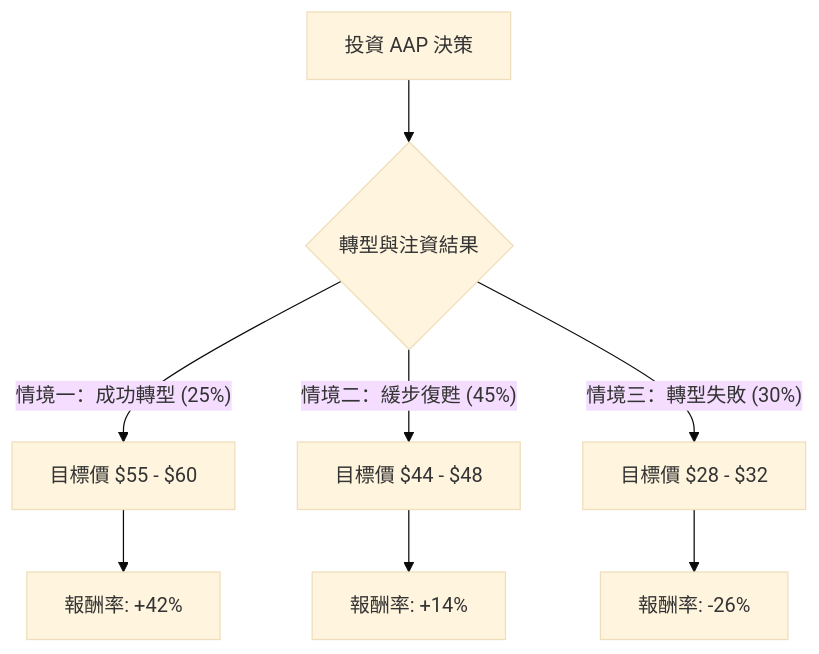
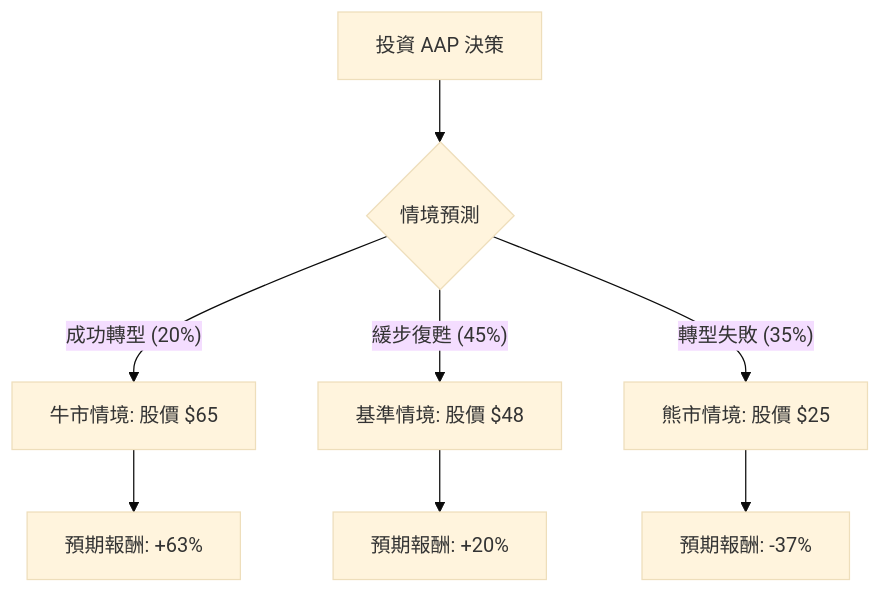
The diagram in plugin-react/ai-analysis/ev-analysis/AAP.md (zmcx16/zmcx16.github.io), drawn with Mermaid (base theme) before and after one commit. The commit also changed other lines of this file and 81 other files, not shown here.

````diff
--- a/plugin-react/ai-analysis/ev-analysis/AAP.md
+++ b/plugin-react/ai-analysis/ev-analysis/AAP.md
@@ -19,12 +19,12 @@
 ```mermaid
 graph TD
-    A[投資 AAP 決策] --> B{轉型與注資結果}
+    A[投資 AAP 決策] --> B{情境預測}
     
-    B -- 情境一：成功轉型 (25%) --> C[目標價 $55 - $60]
-    B -- 情境二：緩步復甦 (45%) --> D[目標價 $44 - $48]
-    B -- 情境三：轉型失敗 (30%) --> E[目標價 $28 - $32]
+    B -- 成功轉型 (20%) --> C[牛市情境: 股價 $65]
+    B -- 緩步復甦 (45%) --> D[基準情境: 股價 $48]
+    B -- 轉型失敗 (35%) --> E[熊市情境: 股價 $25]
 
-    C --> C1[報酬率: +42%]
-    D --> D1[報酬率: +14%]
-    E --> E1[報酬率: -26%]
+    C --> F[預期報酬: +63%]
+    D --> G[預期報酬: +20%]
+    E --> H[預期報酬: -37%]
 ```
````
